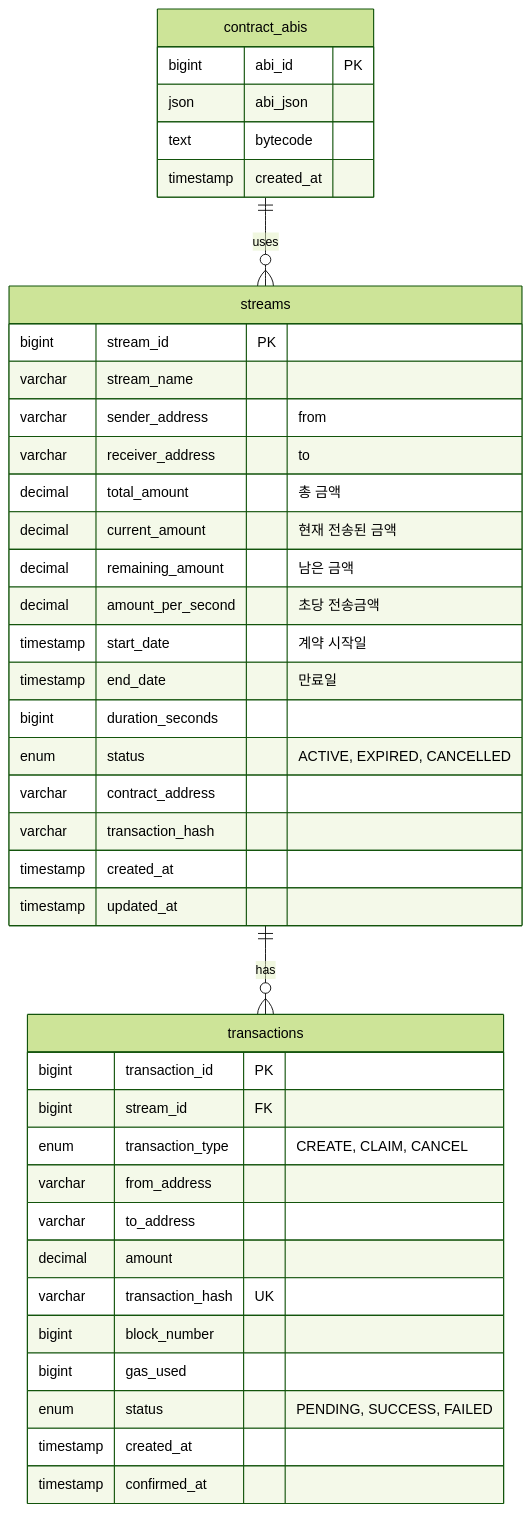
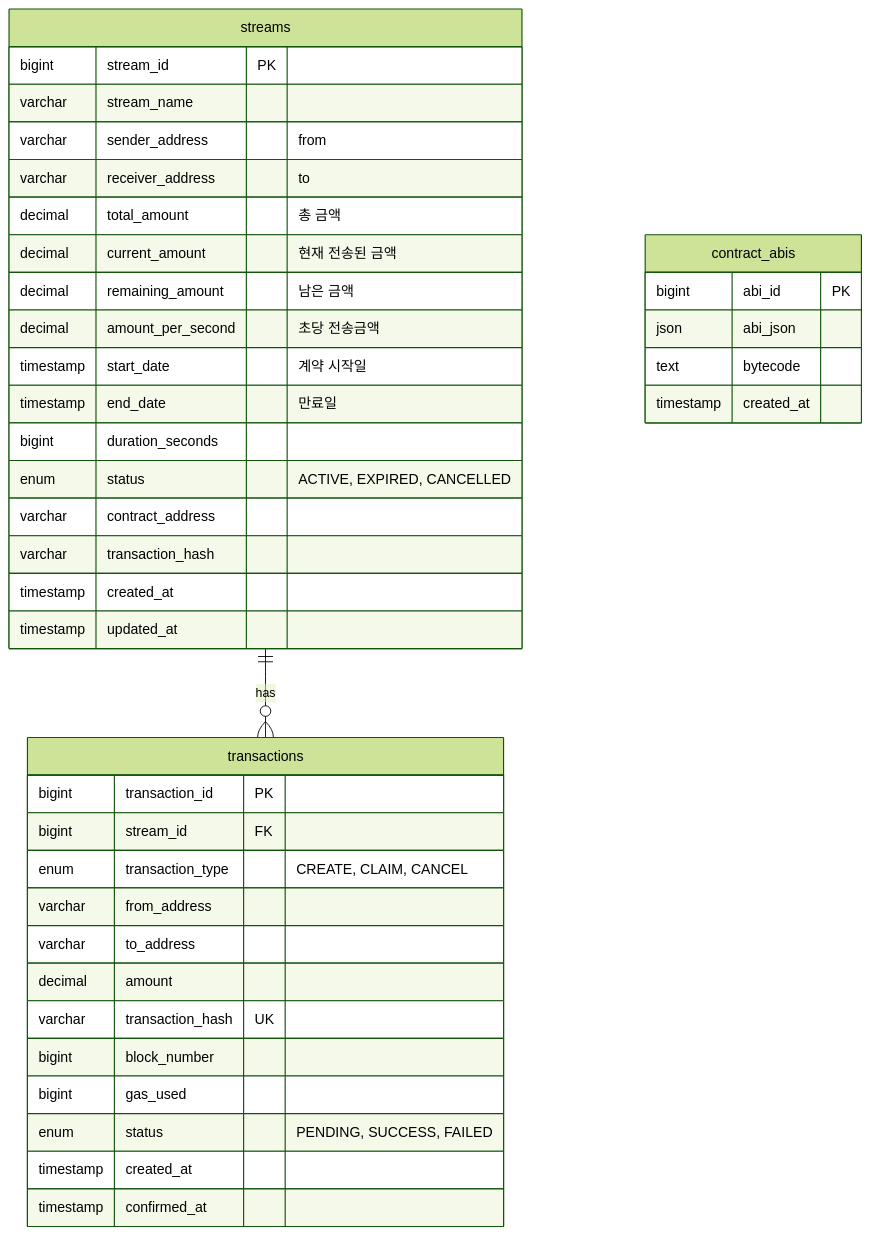
The diagram in 2025_08_26.md (KaiaTeam/kms-planning), drawn with Mermaid (forest theme) before and after one commit.

````diff
--- a/2025_08_26.md
+++ b/2025_08_26.md
@@ -57,46 +57,45 @@
 ```mermaid
 erDiagram
     streams ||--o{ transactions : "has"
-    contract_abis ||--o{ streams : "uses"
 
     streams {
         bigint stream_id PK
         varchar stream_name
         varchar sender_address "from"
         varchar receiver_address "to"
         decimal total_amount "총 금액"
         decimal current_amount "현재 전송된 금액"
         decimal remaining_amount "남은 금액"
         decimal amount_per_second "초당 전송금액"
         timestamp start_date "계약 시작일"
         timestamp end_date "만료일"
         bigint duration_seconds
         enum status "ACTIVE, EXPIRED, CANCELLED"
         varchar contract_address
         varchar transaction_hash
         timestamp created_at
         timestamp updated_at
     }
 
     transactions {
         bigint transaction_id PK
         bigint stream_id FK
         enum transaction_type "CREATE, CLAIM, CANCEL"
         varchar from_address
         varchar to_address
         decimal amount
         varchar transaction_hash UK
         bigint block_number
         bigint gas_used
         enum status "PENDING, SUCCESS, FAILED"
         timestamp created_at
         timestamp confirmed_at
     }
 
     contract_abis {
         bigint abi_id PK
         json abi_json
         text bytecode
         timestamp created_at
     }
 ```
````
